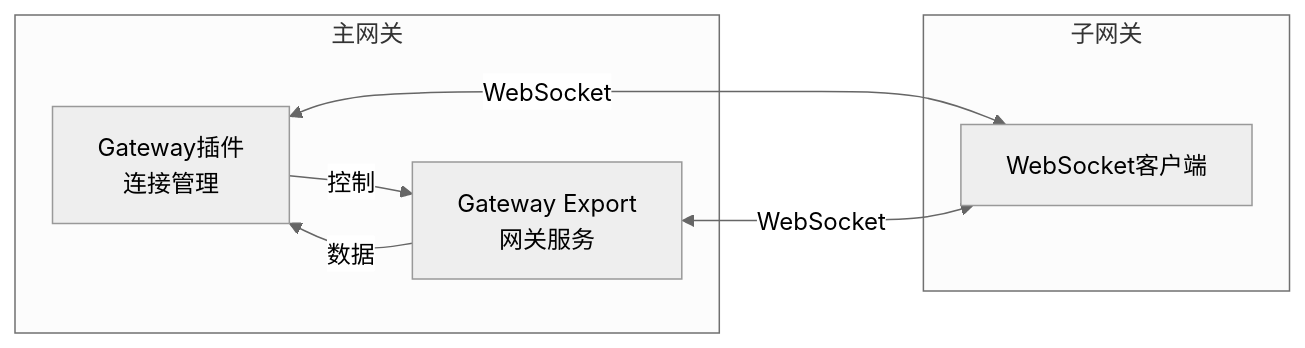
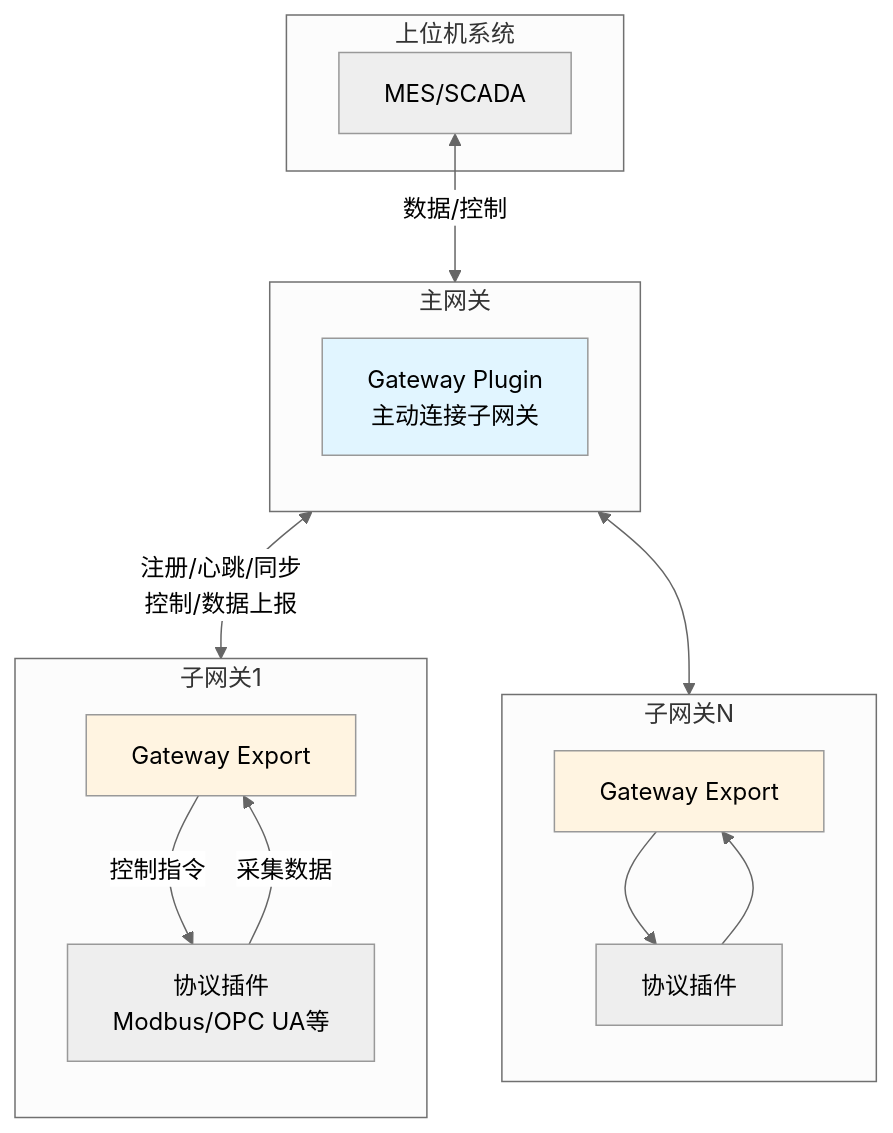
Before and after one commit to ibuilding-X/driver-box: the first of 5 diagrams in pages/src/content/docs/exports/gateway.mdx, drawn with Mermaid (neutral theme). The commit also changed other lines of this file, not shown here.

First line of the commit message:
docs(gateway): 更新分布式网关文档

````diff
--- a/pages/src/content/docs/exports/gateway.mdx
+++ b/pages/src/content/docs/exports/gateway.mdx
@@ -18,17 +7,38 @@
 ```mermaid
-graph LR
+graph TB
+    subgraph "上位机系统"
+        US[MES/SCADA]
+    end
+
     subgraph "主网关"
-        A[Gateway插件<br/>连接管理]
-        B[Gateway Export<br/>网关服务]
+        direction TB
+        GP[Gateway Plugin<br/>主动连接子网关]
     end
-    
-    subgraph "子网关"
-        C[WebSocket客户端]
+
+    subgraph "子网关1"
+        direction TB
+        SG1[Gateway Export]
+        P1[协议插件<br/>Modbus/OPC UA等]
     end
-    
-    A <-->|WebSocket| C
-    B <-->|WebSocket| C
-    
-    A -->|控制| B
-    B -->|数据| A
+
+    subgraph "子网关N"
+        direction TB
+        SG2[Gateway Export]
+        P2[协议插件]
+    end
+
+    US <-->|数据/控制| 主网关
+
+    GP <-->|注册/心跳/同步<br/>控制/数据上报| 子网关1
+    GP <--> 子网关N
+
+    SG1 -->|控制指令| P1
+    P1 -->|采集数据| SG1
+
+    SG2 --> P2
+    P2 --> SG2
+
+    style GP fill:#e1f5ff
+    style SG1 fill:#fff4e1
+    style SG2 fill:#fff4e1
 ```
````
